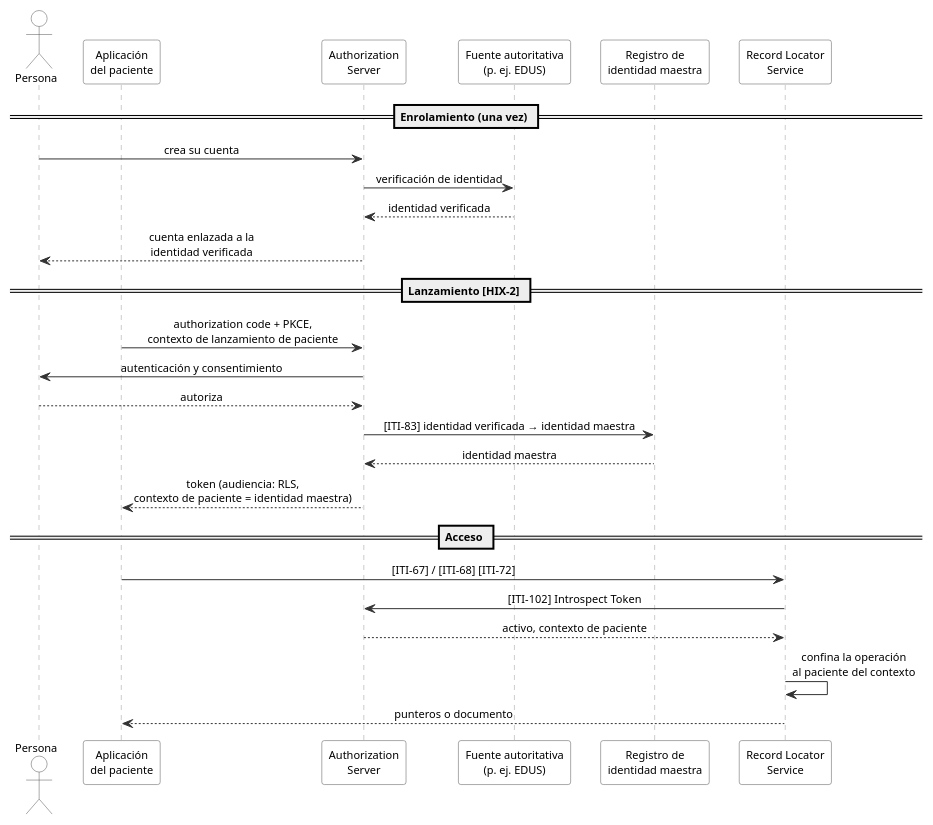
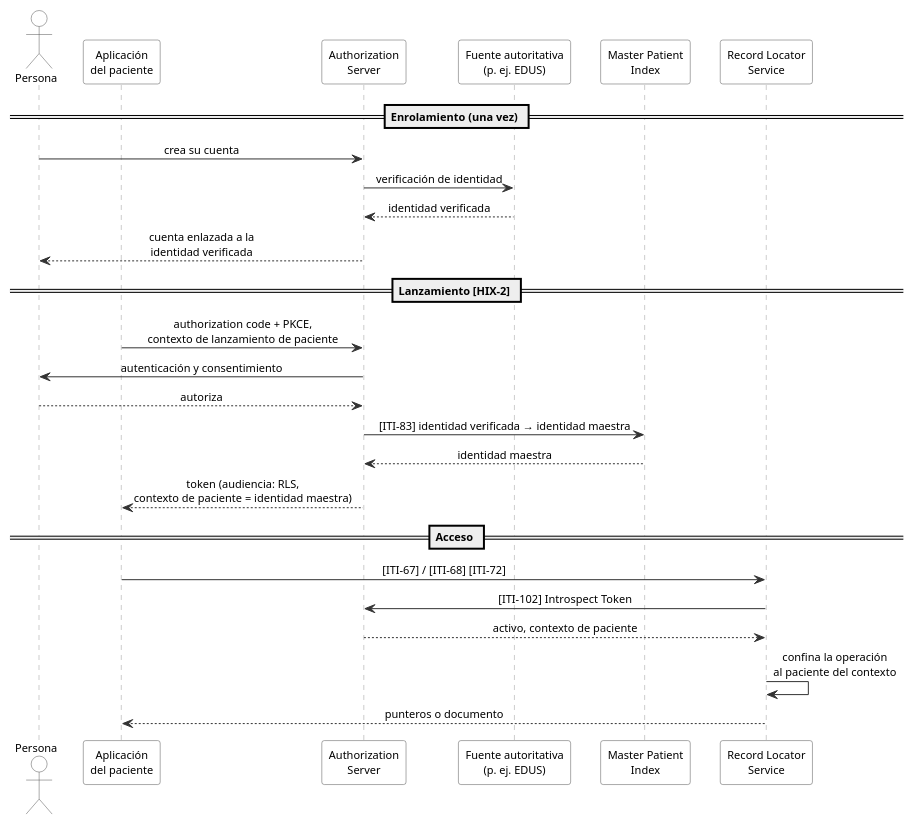
The diagram in _diagrams/hix-flujo-paciente.plantuml (meddyg/HIX), drawn with PlantUML before and after one commit. The commit also changed 22 other files, not shown here.

```diff
--- a/_diagrams/hix-flujo-paciente.plantuml
+++ b/_diagrams/hix-flujo-paciente.plantuml
@@ -1,44 +1,44 @@
 @startuml hix-flujo-paciente
 skinparam shadowing false
 skinparam defaultFontName Verdana
 skinparam defaultFontSize 11
 skinparam sequenceMessageAlign center
 skinparam ParticipantPadding 10
 skinparam sequence {
   ArrowColor #333333
   LifeLineBorderColor #999999
   ParticipantBorderColor #555555
   ParticipantBackgroundColor white
   ActorBorderColor #555555
   ActorBackgroundColor white
   GroupBorderColor #999999
 }
 
 actor "Persona" as P
 participant "Aplicación\ndel paciente" as APP
 participant "Authorization\nServer" as AS
 participant "Fuente autoritativa\n(p. ej. EDUS)" as SRC
-participant "Registro de\nidentidad maestra" as PMIR
+participant "Master Patient\nIndex" as PMIR
 participant "Record Locator\nService" as RLS
 
 == Enrolamiento (una vez) ==
 P -> AS : crea su cuenta
 AS -> SRC : verificación de identidad
 SRC --> AS : identidad verificada
 AS --> P : cuenta enlazada a la\nidentidad verificada
 
 == Lanzamiento [HIX-2] ==
 APP -> AS : authorization code + PKCE,\ncontexto de lanzamiento de paciente
 AS -> P : autenticación y consentimiento
 P --> AS : autoriza
 AS -> PMIR : [ITI-83] identidad verificada → identidad maestra
 PMIR --> AS : identidad maestra
 AS --> APP : token (audiencia: RLS,\ncontexto de paciente = identidad maestra)
 
 == Acceso ==
 APP -> RLS : [ITI-67] / [ITI-68] [ITI-72]
 RLS -> AS : [ITI-102] Introspect Token
 AS --> RLS : activo, contexto de paciente
 RLS -> RLS : confina la operación\nal paciente del contexto
 RLS --> APP : punteros o documento
 @enduml
```
